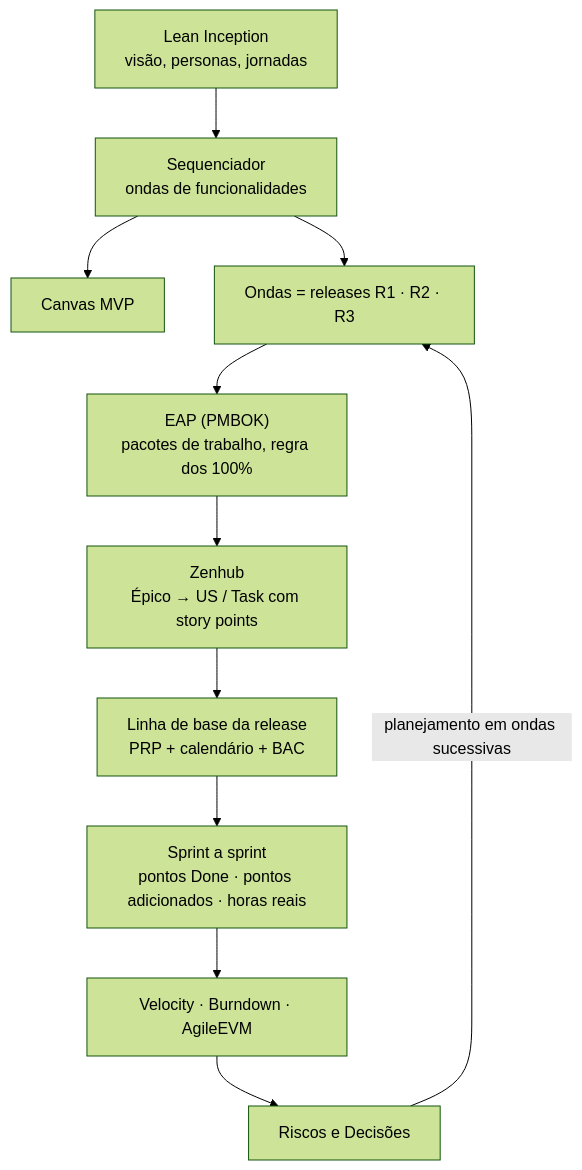
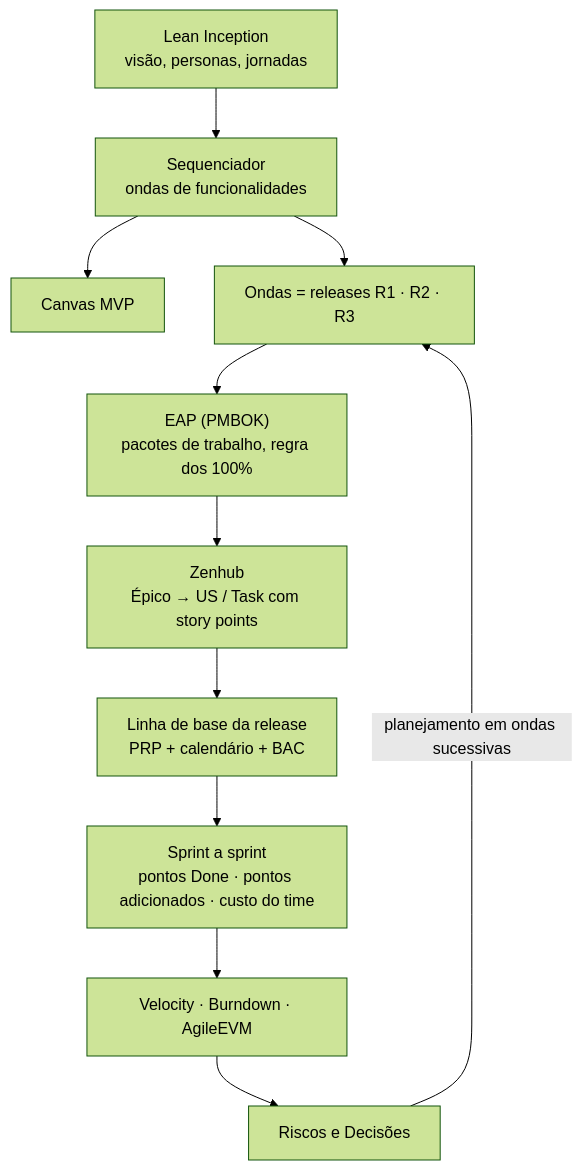
The diagram in docs/metricas/modelo-de-gestao.mdx (fga-eps-mds/2026.2-MeasureSoftGram-DOC), drawn with Mermaid (forest theme) before and after one commit. The commit also changed other lines of this file and 28 other files, not shown here.

````diff
--- a/docs/metricas/modelo-de-gestao.mdx
+++ b/docs/metricas/modelo-de-gestao.mdx
@@ -17,13 +17,13 @@
 ```mermaid
 flowchart TB
   LI["Lean Inception<br/>visão, personas, jornadas"] --> SEQ["Sequenciador<br/>ondas de funcionalidades"]
   SEQ --> CANVAS["Canvas MVP"]
   SEQ --> ONDAS["Ondas = releases R1 · R2 · R3"]
   ONDAS --> EAP["EAP (PMBOK)<br/>pacotes de trabalho, regra dos 100%"]
   EAP --> ZH["Zenhub<br/>Épico → US / Task com story points"]
   ZH --> BASE["Linha de base da release<br/>PRP + calendário + BAC"]
-  BASE --> SPR["Sprint a sprint<br/>pontos Done · pontos adicionados · horas reais"]
+  BASE --> SPR["Sprint a sprint<br/>pontos Done · pontos adicionados · custo do time"]
   SPR --> IND["Velocity · Burndown · AgileEVM"]
   IND --> DEC["Riscos e Decisões"]
   DEC -->|"planejamento em ondas sucessivas"| ONDAS
 ```
````
